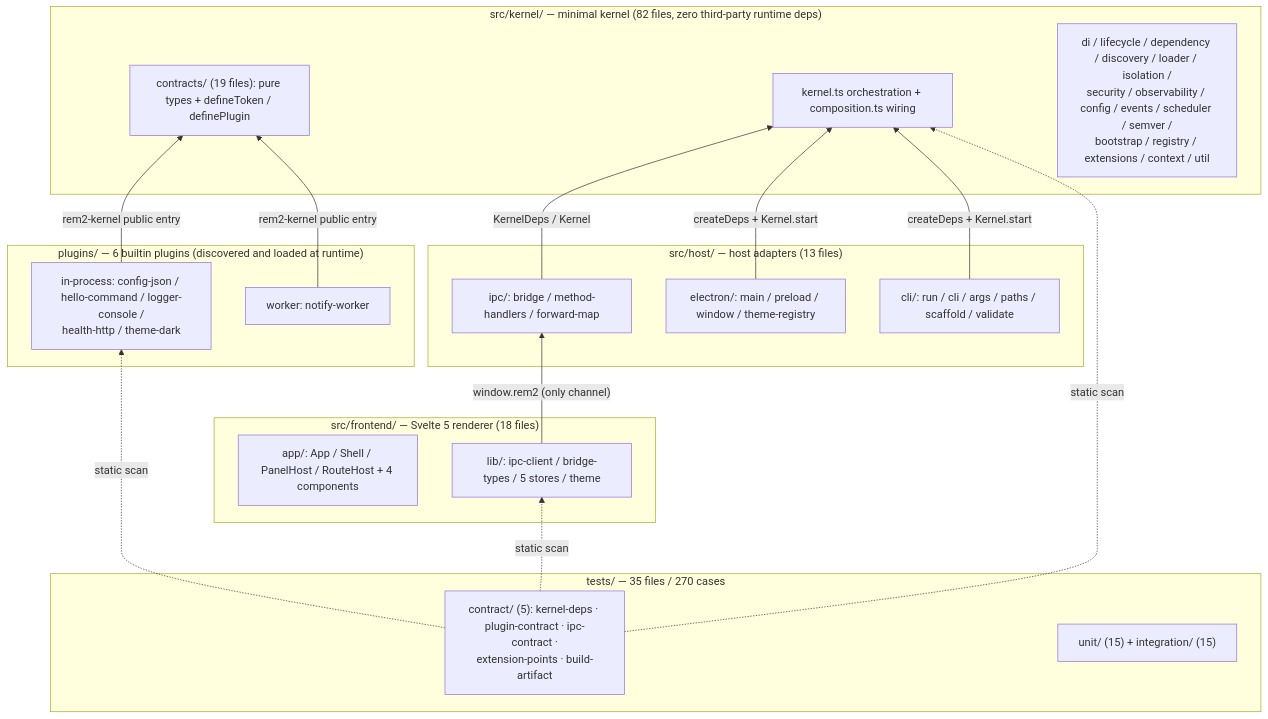
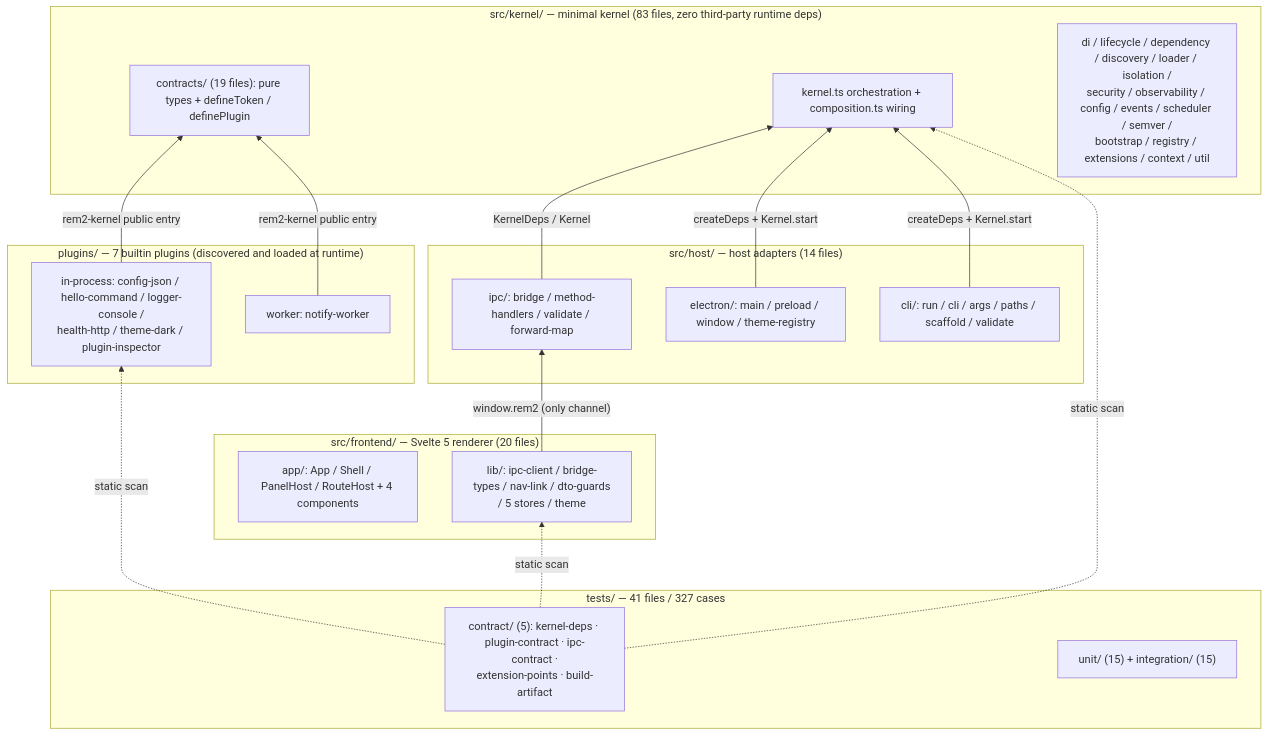
Before and after one commit to kino14910/REM2: the first of 5 diagrams in docs/en/01-architecture-overview.md, drawn with Mermaid. The commit also changed other lines of this file and 16 other files, not shown here.

````diff
--- a/docs/en/01-architecture-overview.md
+++ b/docs/en/01-architecture-overview.md
@@ -19,39 +19,39 @@
 ```mermaid
 graph BT
-    subgraph L1["plugins/ — 6 builtin plugins (discovered and loaded at runtime)"]
-        PA["in-process: config-json / hello-command / logger-console /<br/>health-http / theme-dark"]
+    subgraph L1["plugins/ — 7 builtin plugins (discovered and loaded at runtime)"]
+        PA["in-process: config-json / hello-command / logger-console /<br/>health-http / theme-dark / plugin-inspector"]
         PB["worker: notify-worker"]
     end
 
-    subgraph L2["src/frontend/ — Svelte 5 renderer (18 files)"]
+    subgraph L2["src/frontend/ — Svelte 5 renderer (20 files)"]
         FA["app/: App / Shell / PanelHost / RouteHost + 4 components"]
-        FB["lib/: ipc-client / bridge-types / 5 stores / theme"]
+        FB["lib/: ipc-client / bridge-types / nav-link / dto-guards<br/>/ 5 stores / theme"]
     end
 
-    subgraph L3["src/host/ — host adapters (13 files)"]
+    subgraph L3["src/host/ — host adapters (14 files)"]
         HA["electron/: main / preload / window / theme-registry"]
-        HB["ipc/: bridge / method-handlers / forward-map"]
+        HB["ipc/: bridge / method-handlers / validate / forward-map"]
         HC["cli/: run / cli / args / paths / scaffold / validate"]
     end
 
-    subgraph L4["src/kernel/ — minimal kernel (82 files, zero third-party runtime deps)"]
+    subgraph L4["src/kernel/ — minimal kernel (83 files, zero third-party runtime deps)"]
         KA["contracts/ (19 files): pure types + defineToken / definePlugin"]
         KB["kernel.ts orchestration + composition.ts wiring"]
         KC["di / lifecycle / dependency / discovery / loader / isolation /<br/>security / observability / config / events / scheduler / semver /<br/>bootstrap / registry / extensions / context / util"]
     end
 
-    subgraph L5["tests/ — 35 files / 270 cases"]
+    subgraph L5["tests/ — 41 files / 327 cases"]
         TA["contract/ (5): kernel-deps · plugin-contract · ipc-contract ·<br/>extension-points · build-artifact"]
         TB["unit/ (15) + integration/ (15)"]
     end
 
     FB -->|"window.rem2 (only channel)"| HB
     HB -->|"KernelDeps / Kernel"| KB
     HA -->|"createDeps + Kernel.start"| KB
     HC -->|"createDeps + Kernel.start"| KB
     PA -->|"rem2-kernel public entry"| KA
     PB -->|"rem2-kernel public entry"| KA
     TA -.->|"static scan"| KB
     TA -.->|"static scan"| FB
     TA -.->|"static scan"| PA
 ```
````
